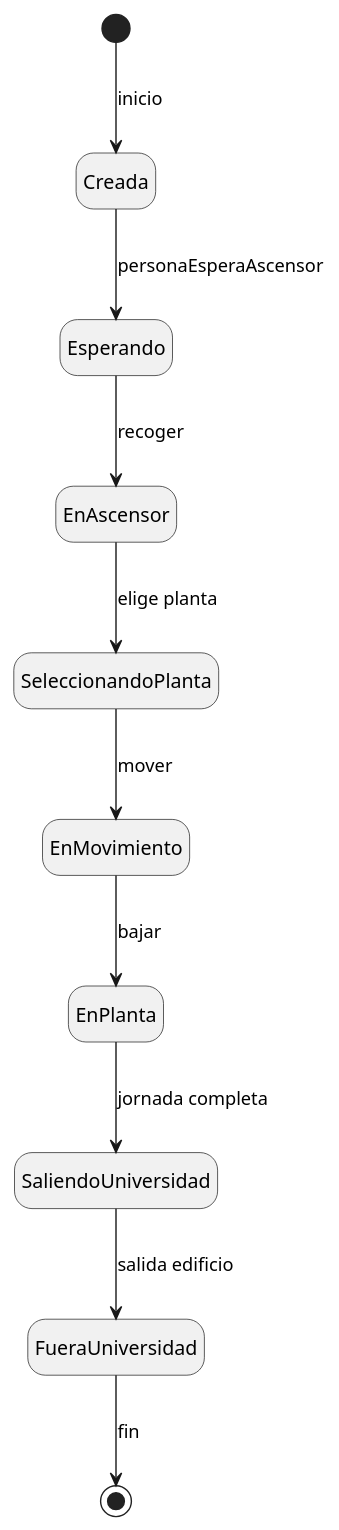
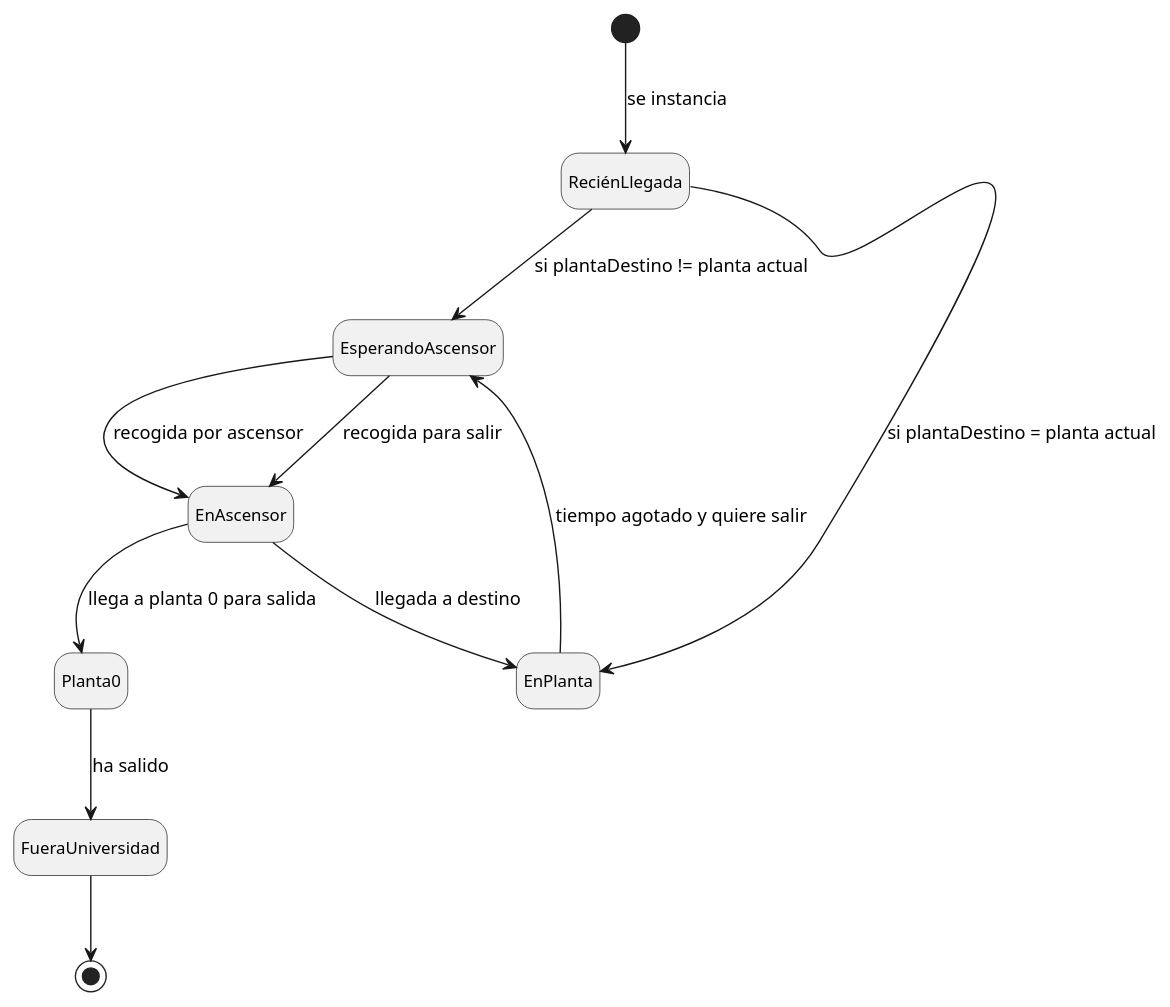
One commit to celiabecerril/24-25-IdSw2-SDD changed the diagram in modelosUML/MdD/DiagramaEstados/DiagramaEstadosPersona.puml. Above: the diagram before and after it, drawn with PlantUML. The commit also changed 10 other files, not shown here.

```diff
--- a/modelosUML/MdD/DiagramaEstados/DiagramaEstadosPersona.puml
+++ b/modelosUML/MdD/DiagramaEstados/DiagramaEstadosPersona.puml
@@ -1,17 +1,21 @@
 @startuml
 ' =========================
 ' Diagrama de Estados (Persona)
 ' =========================
 hide empty description
+skinparam stateFontSize 12
 
-[*] --> Creada : inicio
-Creada --> Esperando : personaEsperaAscensor
-Esperando --> EnAscensor : recoger
-EnAscensor --> SeleccionandoPlanta : elige planta
-SeleccionandoPlanta --> EnMovimiento : mover
-EnMovimiento --> EnPlanta : bajar
-EnPlanta --> SaliendoUniversidad : jornada completa
-SaliendoUniversidad --> FueraUniversidad : salida edificio
-FueraUniversidad --> [*] : fin
+[*] --> ReciénLlegada : se instancia
+ReciénLlegada --> EsperandoAscensor : si plantaDestino != planta actual
+ReciénLlegada --> EnPlanta : si plantaDestino = planta actual
+
+EsperandoAscensor --> EnAscensor : recogida por ascensor
+EnAscensor --> EnPlanta : llegada a destino
+
+EnPlanta --> EsperandoAscensor : tiempo agotado y quiere salir
+EsperandoAscensor --> EnAscensor : recogida para salir
+EnAscensor --> Planta0 : llega a planta 0 para salida
+Planta0 --> FueraUniversidad : ha salido
+FueraUniversidad --> [*]
 
 @enduml
```
